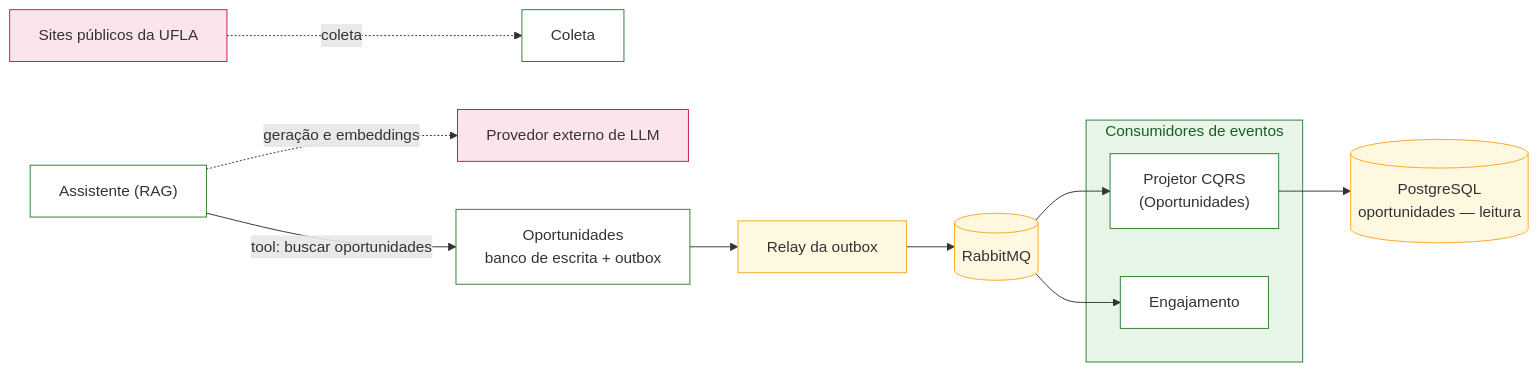
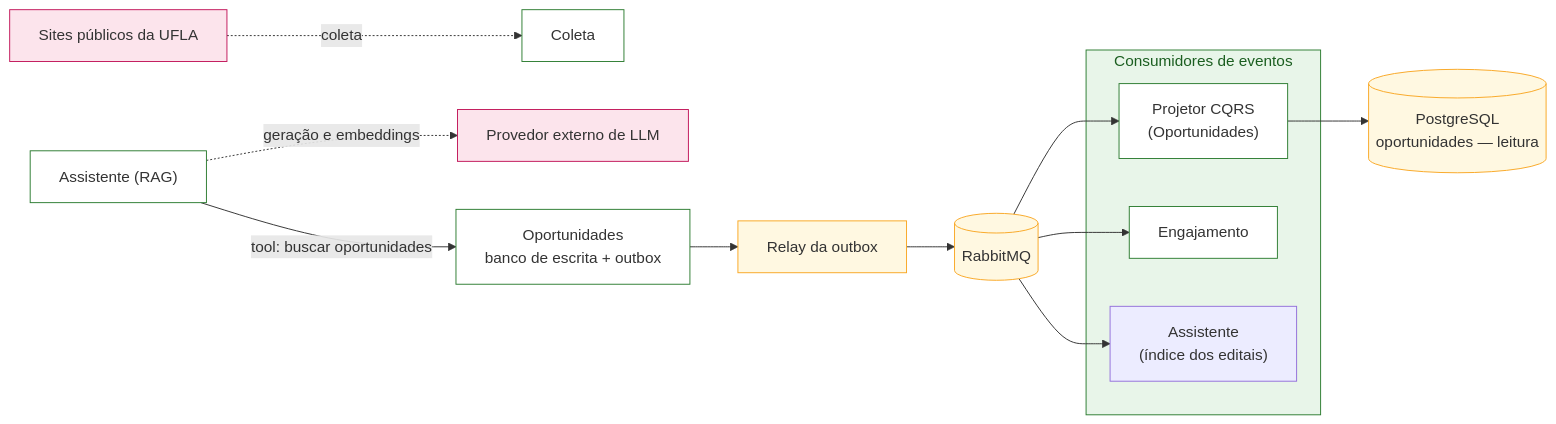
The first of 2 diagrams in docs/arquitetura/4.5-dados-outbox.md (joao-givisiez/ConectaU), drawn with Mermaid before and after one commit. The commit also changed other lines of this file and 12 other files, not shown here.

````diff
--- a/docs/arquitetura/4.5-dados-outbox.md
+++ b/docs/arquitetura/4.5-dados-outbox.md
@@ -49,30 +49,32 @@
 ```mermaid
 flowchart LR
   OP["Oportunidades<br/>banco de escrita + outbox"]
   RELAY["Relay da outbox"]
   MQ[("RabbitMQ")]
 
   OP --> RELAY
   RELAY --> MQ
 
   subgraph Cons["Consumidores de eventos"]
     PR["Projetor CQRS<br/>(Oportunidades)"]
     EN["Engajamento"]
+    ASC["Assistente<br/>(índice dos editais)"]
   end
 
   MQ --> PR
   MQ --> EN
+  MQ --> ASC
   PR --> RD[("PostgreSQL<br/>oportunidades — leitura")]
 
   SCR["Sites públicos da UFLA"] -. "coleta" .-> CO["Coleta"]
   AS["Assistente (RAG)"] -. "geração e embeddings" .-> LLM["Provedor externo de LLM"]
   AS -->|"tool: buscar oportunidades"| OP
 
   classDef servico fill:#ffffff,stroke:#2e7d32,color:#333
   classDef externo fill:#fce4ec,stroke:#c2185b,color:#333
   classDef infraestrutura fill:#fff8e1,stroke:#f9a825,color:#333
   class OP,CO,EN,PR,AS servico
   class SCR,LLM externo
   class MQ,RELAY,RD infraestrutura
   style Cons fill:#e8f5e9,stroke:#2e7d32,color:#1b5e20
 ```
````
